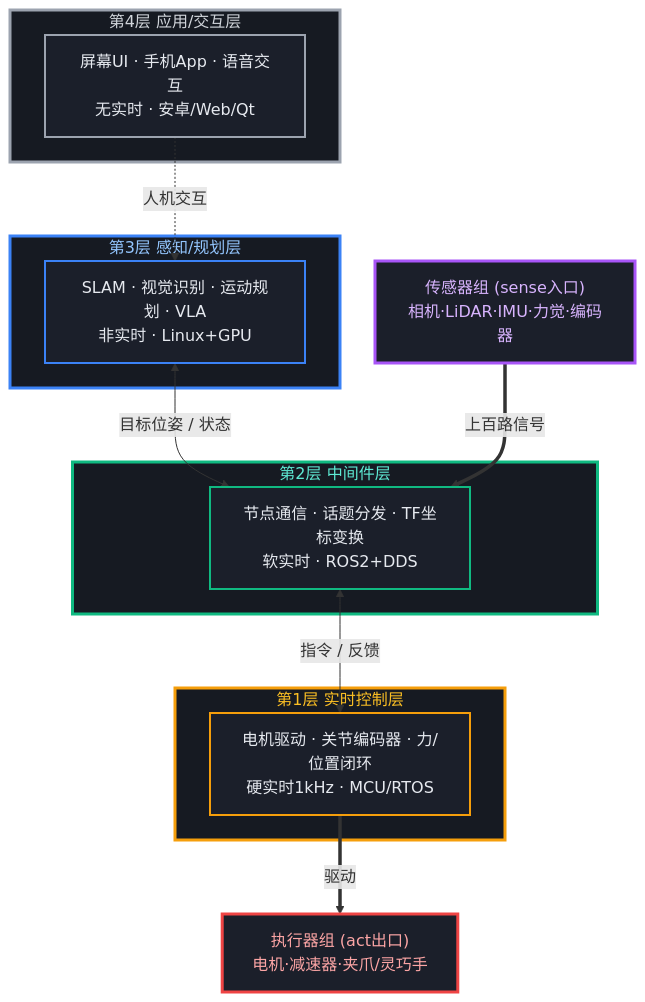
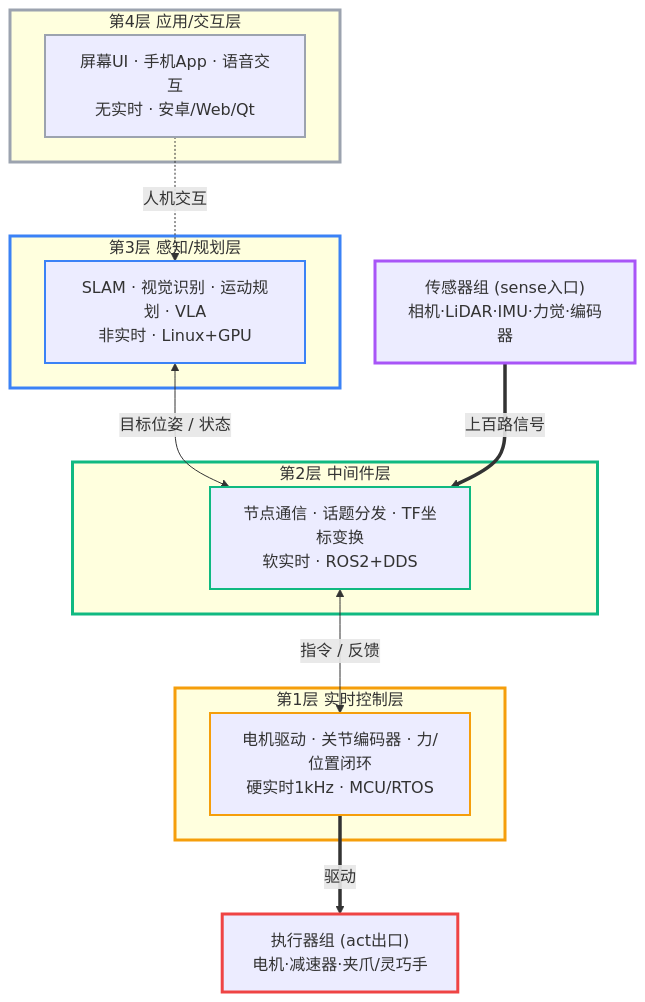
The first of 4 diagrams in 02-机器人系统构造.md (Fengur/robotics-learning), drawn with Mermaid before and after one commit. The commit also changed other lines of this file, not shown here.

Commit message:
02:图配色只留stroke边框色,fill/文字色交给mermaid theme;修亮色模式全黑不可读

````diff
--- a/02-机器人系统构造.md
+++ b/02-机器人系统构造.md
@@ -23,37 +23,35 @@
 ```mermaid
 flowchart TB
     subgraph L4["第4层 应用/交互层"]
         UI["屏幕UI · 手机App · 语音交互<br/>无实时 · 安卓/Web/Qt"]
     end
     subgraph L3["第3层 感知/规划层"]
         BRAIN["SLAM · 视觉识别 · 运动规划 · VLA<br/>非实时 · Linux+GPU"]
     end
     subgraph L2["第2层 中间件层"]
         MID["节点通信 · 话题分发 · TF坐标变换<br/>软实时 · ROS2+DDS"]
     end
     subgraph L1["第1层 实时控制层"]
         RT["电机驱动 · 关节编码器 · 力/位置闭环<br/>硬实时1kHz · MCU/RTOS"]
     end
 
     SENS["传感器组 (sense入口)<br/>相机·LiDAR·IMU·力觉·编码器"]
     ACT["执行器组 (act出口)<br/>电机·减速器·夹爪/灵巧手"]
 
     UI -.人机交互.-> BRAIN
     BRAIN <-->|目标位姿 / 状态| MID
     MID <-->|指令 / 反馈| RT
     SENS ==>|上百路信号| MID
     RT ==>|驱动| ACT
 
-    classDef sub fill:#1b1f2a,stroke-width:2px,color:#e6e9ef;
-    class UI,BRAIN,MID,RT sub;
-    style L1 fill:#161a22,stroke:#f59e0b,stroke-width:3px,color:#fbbf24;
-    style L2 fill:#161a22,stroke:#10b981,stroke-width:3px,color:#5eead4;
-    style L3 fill:#161a22,stroke:#3b82f6,stroke-width:3px,color:#93c5fd;
-    style L4 fill:#161a22,stroke:#9ca3af,stroke-width:3px,color:#d1d5db;
-    style UI stroke:#9ca3af;
-    style BRAIN stroke:#3b82f6;
-    style MID stroke:#10b981;
-    style RT stroke:#f59e0b;
-    style SENS fill:#1b1f2a,stroke:#a855f7,stroke-width:3px,color:#d8b4fe;
-    style ACT fill:#1b1f2a,stroke:#ef4444,stroke-width:3px,color:#fca5a5;
+    style L1 stroke:#f59e0b,stroke-width:3px;
+    style L2 stroke:#10b981,stroke-width:3px;
+    style L3 stroke:#3b82f6,stroke-width:3px;
+    style L4 stroke:#9ca3af,stroke-width:3px;
+    style UI stroke:#9ca3af,stroke-width:2px;
+    style BRAIN stroke:#3b82f6,stroke-width:2px;
+    style MID stroke:#10b981,stroke-width:2px;
+    style RT stroke:#f59e0b,stroke-width:2px;
+    style SENS stroke:#a855f7,stroke-width:3px;
+    style ACT stroke:#ef4444,stroke-width:3px;
 ```
````
